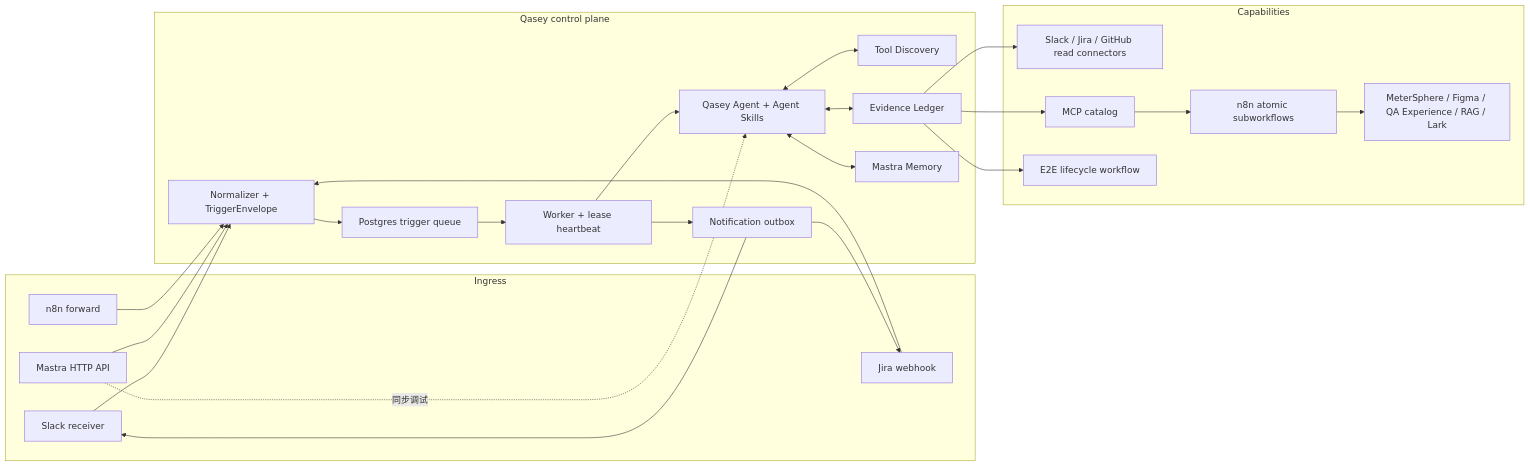
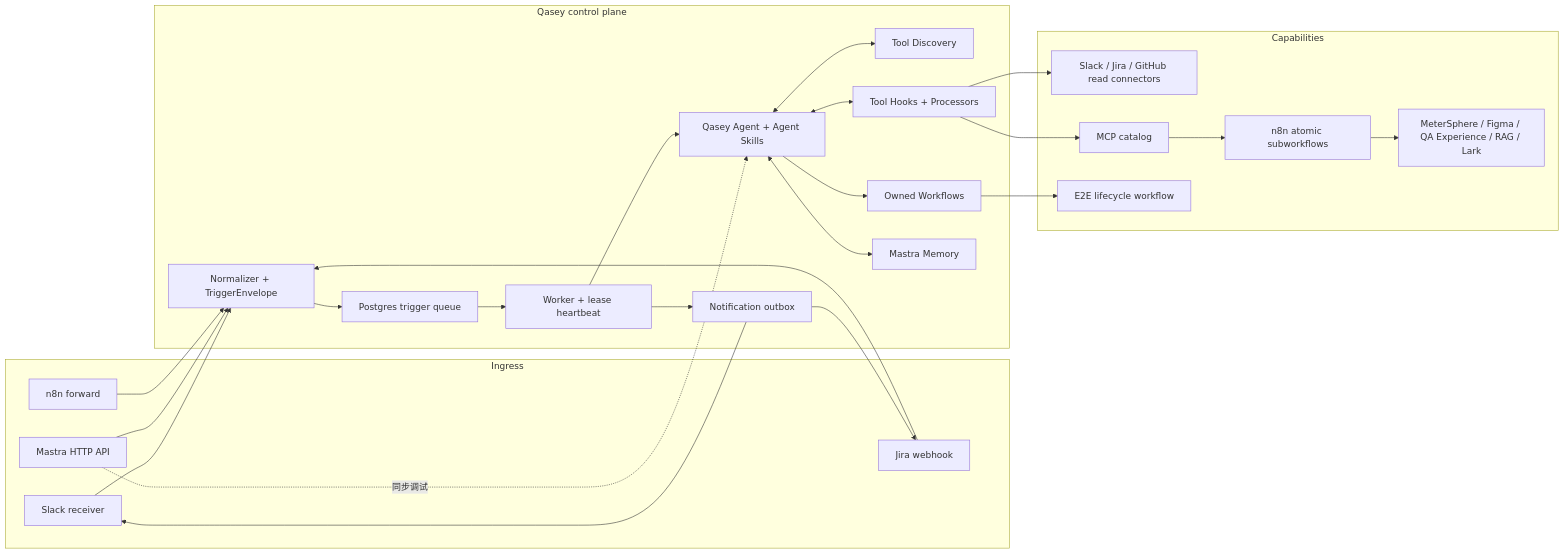
The second of 2 diagrams in docs/n8n-architecture-comparison.md (GrinZero/qasey), drawn with Mermaid before and after one commit. The commit also changed other lines of this file and 27 other files, not shown here.

````diff
--- a/docs/n8n-architecture-comparison.md
+++ b/docs/n8n-architecture-comparison.md
@@ -68,43 +67,44 @@
 ```mermaid
 flowchart LR
     subgraph Ingress["Ingress"]
         Slack["Slack receiver"]
         Jira["Jira webhook"]
         API["Mastra HTTP API"]
         Forward["n8n forward"]
     end
 
     subgraph Control["Qasey control plane"]
         Normalize["Normalizer + TriggerEnvelope"]
         Queue["Postgres trigger queue"]
         Worker["Worker + lease heartbeat"]
         Agent["Qasey Agent + Agent Skills"]
         Discovery["Tool Discovery"]
-        Ledger["Evidence Ledger"]
+        Processors["Tool Hooks + Processors"]
+        Workflow["Owned Workflows"]
         Outbox["Notification outbox"]
         Memory["Mastra Memory"]
     end
 
     subgraph Capabilities["Capabilities"]
         Native["Slack / Jira / GitHub read connectors"]
         MCP["MCP catalog"]
         N8N["n8n atomic subworkflows"]
         External["MeterSphere / Figma / QA Experience / RAG / Lark"]
         E2E["E2E lifecycle workflow"]
     end
 
     Slack --> Normalize
     Jira --> Normalize
     API --> Normalize
     Forward --> Normalize
     Normalize --> Queue --> Worker --> Agent
     API -. "同步调试" .-> Agent
     Agent <--> Memory
     Agent <--> Discovery
-    Agent <--> Ledger
-    Ledger --> Native
-    Ledger --> MCP --> N8N --> External
-    Ledger --> E2E
+    Agent <--> Processors
+    Processors --> Native
+    Processors --> MCP --> N8N --> External
+    Agent --> Workflow --> E2E
     Worker --> Outbox --> Slack
     Outbox --> Jira
 ```
````
